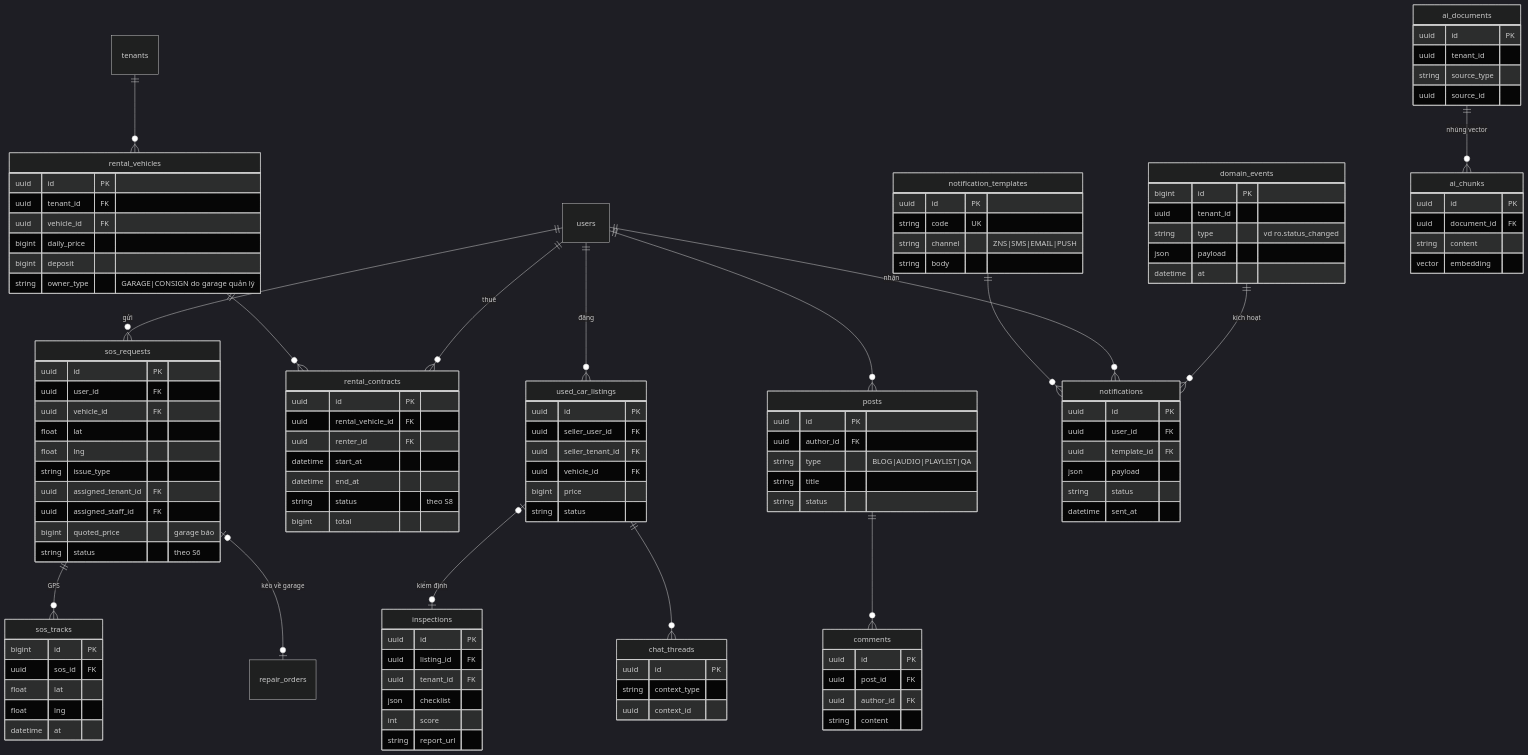
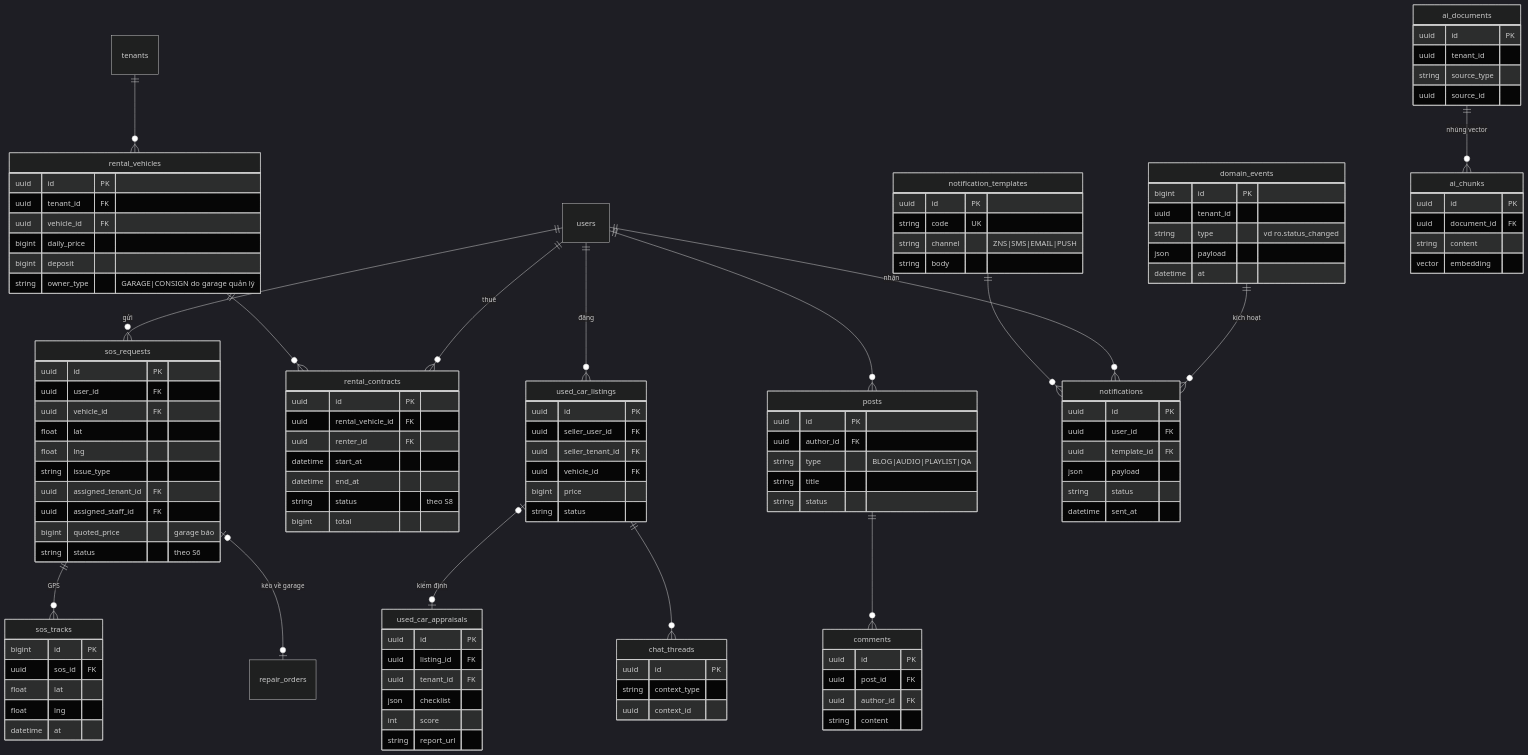
Before and after one commit to south93/cardiy-crm: the sixth of 6 diagrams in docs/06-mo-hinh-du-lieu.md, drawn with Mermaid (dark theme). The commit also changed other lines of this file and 46 other files, not shown here.

```diff
--- a/docs/06-mo-hinh-du-lieu.md
+++ b/docs/06-mo-hinh-du-lieu.md
@@ -410,7 +445,7 @@
   rental_vehicles ||--o{ rental_contracts : ""
   users ||--o{ rental_contracts : "thuê"
   users ||--o{ used_car_listings : "đăng"
-  used_car_listings |o--o| inspections : "kiểm định"
+  used_car_listings |o--o| used_car_appraisals : "kiểm định"
   used_car_listings ||--o{ chat_threads : ""
   users ||--o{ posts : ""
   posts ||--o{ comments : ""
@@ -453,7 +488,7 @@
     uuid vehicle_id FK
     bigint price
     string status }
-  inspections { uuid id PK
+  used_car_appraisals { uuid id PK
     uuid listing_id FK
     uuid tenant_id FK
     json checklist
```
